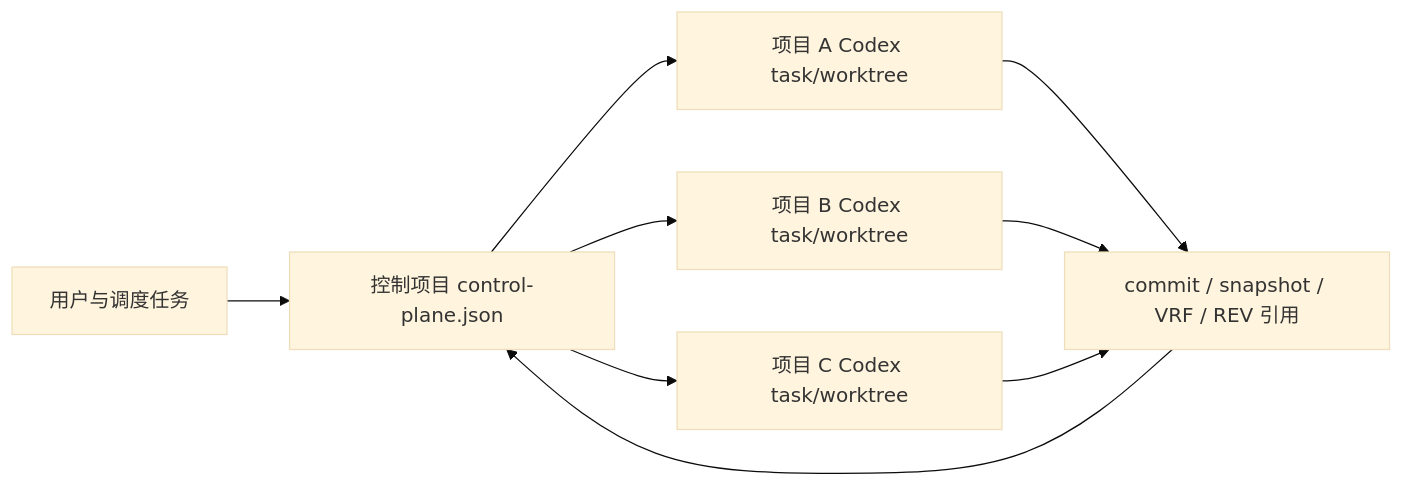
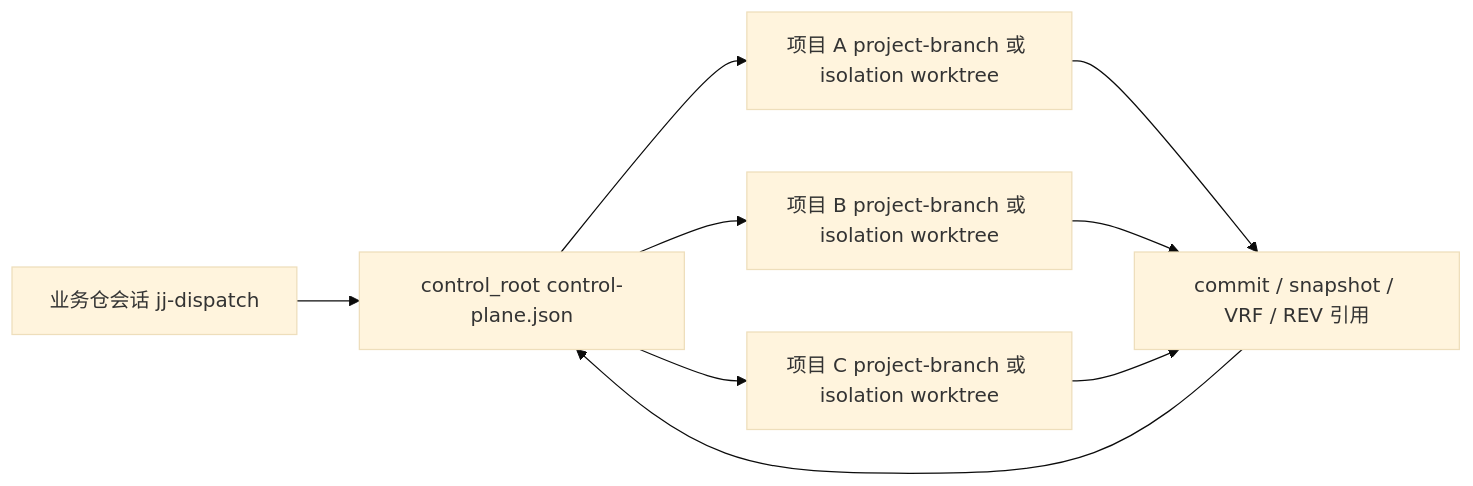
Before and after one commit to beerui/jj-flow: the second of 2 diagrams in docs/architecture.md, drawn with Mermaid (base theme). The commit also changed other lines of this file and 12 other files, not shown here.

````diff
--- a/docs/architecture.md
+++ b/docs/architecture.md
@@ -32,11 +32,11 @@
 ```mermaid
 flowchart LR
-  U[用户与调度任务] --> CP[控制项目 control-plane.json]
-  CP --> T1[项目 A Codex task/worktree]
-  CP --> T2[项目 B Codex task/worktree]
-  CP --> T3[项目 C Codex task/worktree]
+  U[业务仓会话 jj-dispatch] --> CP[control_root control-plane.json]
+  CP --> T1[项目 A project-branch 或 isolation worktree]
+  CP --> T2[项目 B project-branch 或 isolation worktree]
+  CP --> T3[项目 C project-branch 或 isolation worktree]
   T1 --> E[commit / snapshot / VRF / REV 引用]
   T2 --> E
   T3 --> E
   E --> CP
 ```
````
